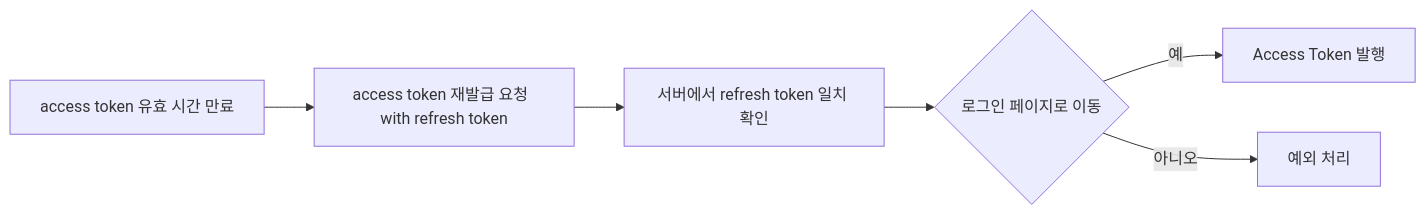
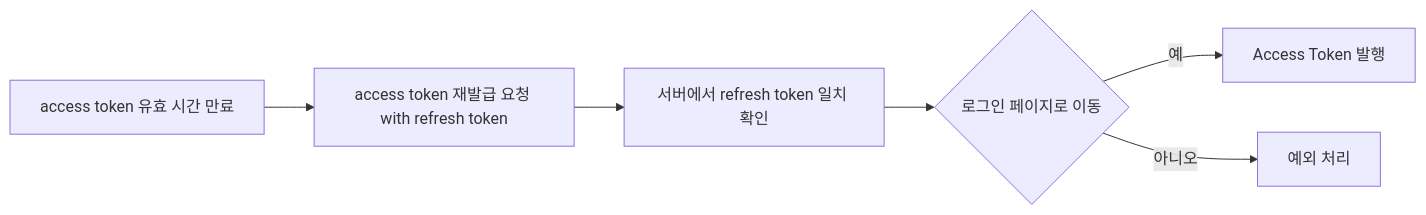
One commit to prgrms-be-adv-devcourse/beadv1_1_ctrlz_BE changed the eighth of 19 diagrams in readme.md. Above: the diagram before and after it, drawn with Mermaid. The commit also changed other lines of this file, not shown here.

````diff
--- a/readme.md
+++ b/readme.md
@@ -211,7 +535,6 @@
 ```mermaid
 flowchart LR
-    A[access token 유효 시간 만료] --> B[access token 재발급 요청  with refresh token] --> C[서버에서 refresh token 일치 확인 ] --> D{로그인 페이지로 이동}
+    A[access token 유효 시간 만료] --> B[access token 재발급 요청 with refresh token] --> C[서버에서 refresh token 일치 확인] --> D{로그인 페이지로 이동}
     D -- 예 --> E[Access Token 발행]
     D -- 아니오 --> F[예외 처리]
-
 ```
````
